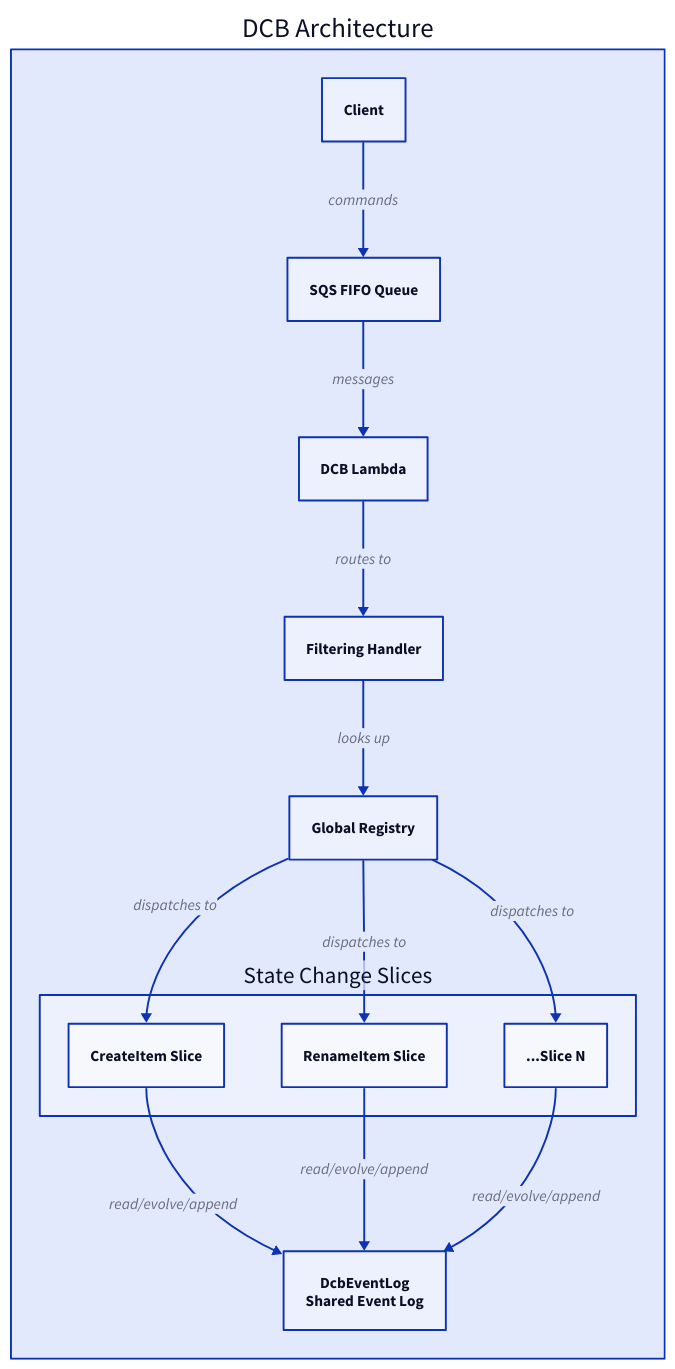
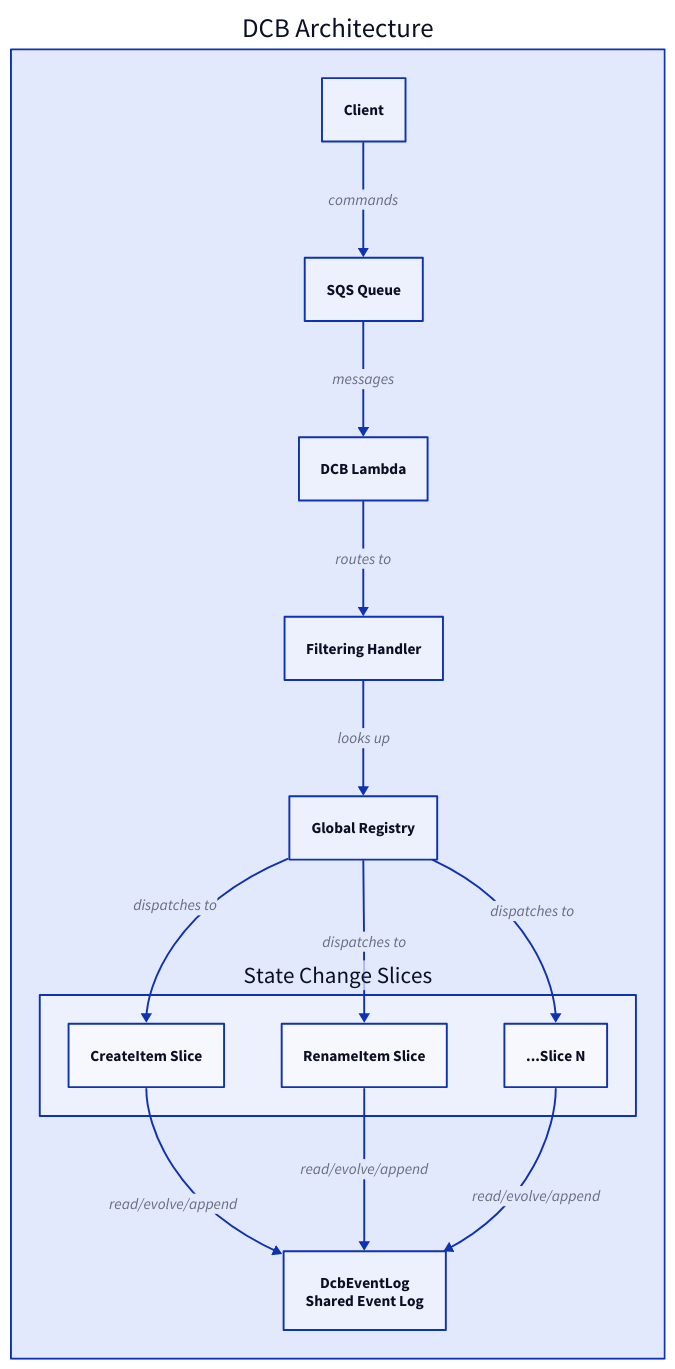
The second of 3 diagrams in packages/doc/docs-app/components/statechangeslice.md (ReventlessDev/reventless-core), drawn with D2 before and after one commit. The commit also changed 48 other files, not shown here.

````diff
--- a/packages/doc/docs-app/components/statechangeslice.md
+++ b/packages/doc/docs-app/components/statechangeslice.md
@@ -44,32 +44,32 @@
 ```d2
 DCBArchitecture: DCB Architecture {
   class: plugin-area
 
   Client: Client { class: client }
-  SQS: SQS FIFO Queue { class: aws-service }
+  SQS: SQS Queue { class: aws-service }
   Lambda: DCB Lambda { class: aws-service }
   FilteringHandler: Filtering Handler
   Registry: Global Registry
 
   Slices: State Change Slices {
     class: slices-area
     Slice1: CreateItem Slice { class: state-change-slice }
     Slice2: RenameItem Slice { class: state-change-slice }
     SliceN: ...Slice N { class: state-change-slice }
   }
 
   DcbEventLog: DcbEventLog\nShared Event Log { class: dcb-event-log }
 
   Client -> SQS: commands { class: command-flow }
   SQS -> Lambda: messages
   Lambda -> FilteringHandler: routes to { class: command-flow }
   FilteringHandler -> Registry: looks up
   Registry -> Slices.Slice1: dispatches to { class: command-flow }
   Registry -> Slices.Slice2: dispatches to { class: command-flow }
   Registry -> Slices.SliceN: dispatches to { class: command-flow }
 
   Slices.Slice1 -> DcbEventLog: read/evolve/append { class: event-flow }
   Slices.Slice2 -> DcbEventLog: read/evolve/append { class: event-flow }
   Slices.SliceN -> DcbEventLog: read/evolve/append { class: event-flow }
 }
 ```
````
